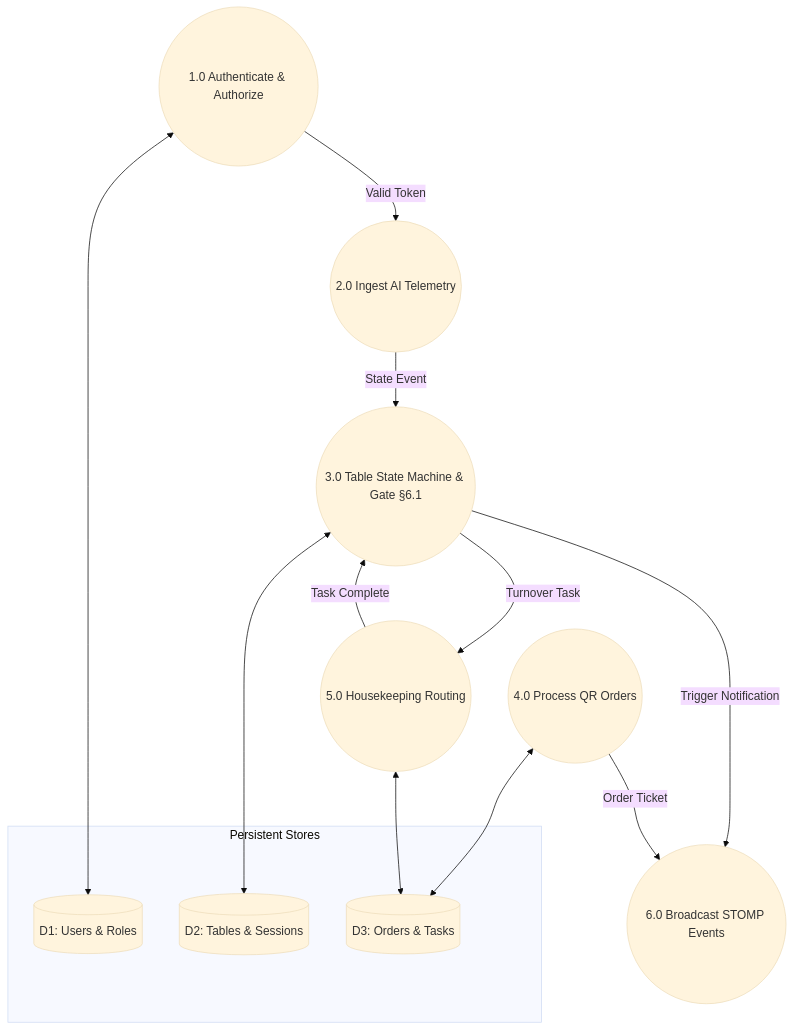
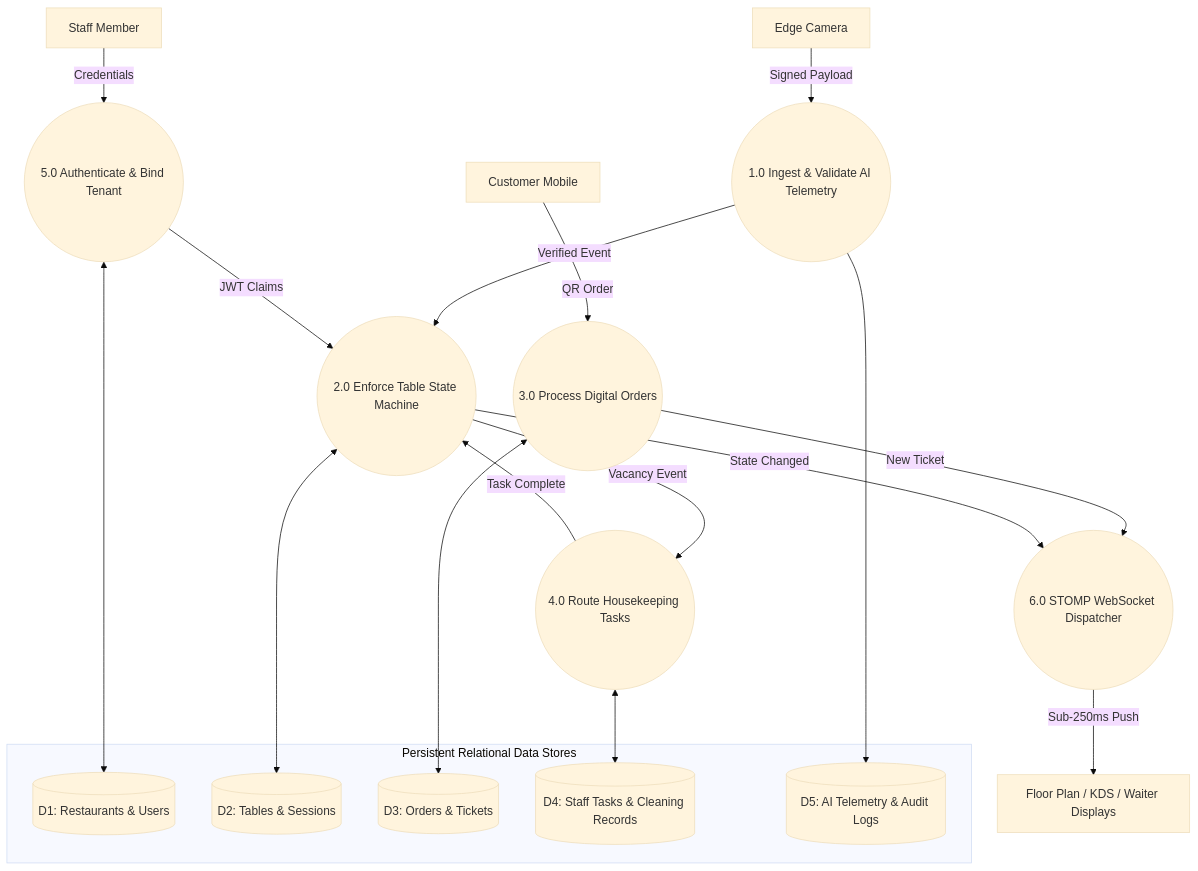
One commit to vishalmore-28/restrovision changed the tenth of 17 diagrams in documentation/RESTROVISION_COMPLETE_BSC_PROJECT_REPORT.md. Above: the diagram before and after it, drawn with Mermaid (base theme). The commit also changed other lines of this file, not shown here.

Commit message:
docs: expand academic project report with 17 inline UML/architecture diagrams and complete source implementations

````diff
--- a/documentation/RESTROVISION_COMPLETE_BSC_PROJECT_REPORT.md
+++ b/documentation/RESTROVISION_COMPLETE_BSC_PROJECT_REPORT.md
@@ -772,20 +1159,31 @@
 ```mermaid
 flowchart TD
-    P1(("1.0 Authenticate & Authorize")) -->|"Valid Token"| P2(("2.0 Ingest AI Telemetry"))
-    P2 -->|"State Event"| P3(("3.0 Table State Machine & Gate §6.1"))
-    P3 -->|"Trigger Notification"| P6(("6.0 Broadcast STOMP Events"))
-    P4(("4.0 Process QR Orders")) -->|"Order Ticket"| P6
-    P3 -->|"Turnover Task"| P5(("5.0 Housekeeping Routing"))
-    P5 -->|"Task Complete"| P3
+    Edge["Edge Camera"] -->|"Signed Payload"| P1(("1.0 Ingest & Validate AI Telemetry"))
+    P1 -->|"Verified Event"| P2(("2.0 Enforce Table State Machine"))
+    
+    Cust["Customer Mobile"] -->|"QR Order"| P3(("3.0 Process Digital Orders"))
+    P3 -->|"New Ticket"| P6(("6.0 STOMP WebSocket Dispatcher"))
+    
+    P2 -->|"Vacancy Event"| P4(("4.0 Route Housekeeping Tasks"))
+    P4 -->|"Task Complete"| P2
+    
+    Staff["Staff Member"] -->|"Credentials"| P5(("5.0 Authenticate & Bind Tenant"))
+    P5 -->|"JWT Claims"| P2
+    
+    P2 -->|"State Changed"| P6
+    P6 -->|"Sub-250ms Push"| Dashboards["Floor Plan / KDS / Waiter Displays"]
 
-    subgraph DataStores["Persistent Stores"]
-        D1[("D1: Users & Roles")]
+    subgraph DataStores["Persistent Relational Data Stores"]
+        D1[("D1: Restaurants & Users")]
         D2[("D2: Tables & Sessions")]
-        D3[("D3: Orders & Tasks")]
+        D3[("D3: Orders & Tickets")]
+        D4[("D4: Staff Tasks & Cleaning Records")]
+        D5[("D5: AI Telemetry & Audit Logs")]
     end
 
-    P1 <--> D1
-    P3 <--> D2
-    P4 <--> D3
-    P5 <--> D3
+    P5 <--> D1
+    P2 <--> D2
+    P3 <--> D3
+    P4 <--> D4
+    P1 --> D5
 ```
````
